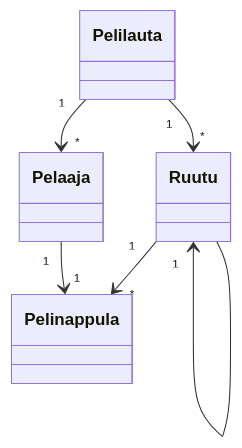
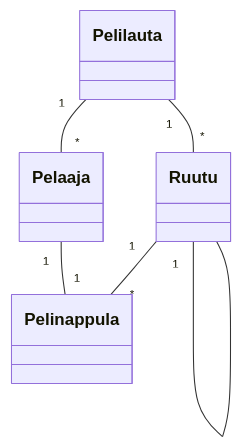
The diagram in laskarit/viikko3/Monopoli1.md (JonathanHeyno/ot-harjoitustyo), drawn with Mermaid before and after one commit.

Commit message:
korjattu nuolet

````diff
--- a/laskarit/viikko3/Monopoli1.md
+++ b/laskarit/viikko3/Monopoli1.md
@@ -1,20 +1,20 @@
 ```mermaid
  classDiagram
-      Pelilauta "1" --> "*" Ruutu
-	  Ruutu "1" --> "*" Pelinappula
-	  Pelaaja "1" --> "1" Pelinappula
-	  Pelilauta "1" --> "*" Pelaaja
-	  Ruutu "" --> "1" Ruutu
+      Pelilauta "1" -- "*" Ruutu
+	  Ruutu "1" -- "*" Pelinappula
+	  Pelaaja "1" -- "1" Pelinappula
+	  Pelilauta "1" -- "*" Pelaaja
+	  Ruutu "" -- "1" Ruutu
       class Pelilauta{
 
       }
       class Ruutu{
 
       }
 	  class Pelinappula{
 
       }
 	  class Pelaaja{
 
       }
 ```
````
